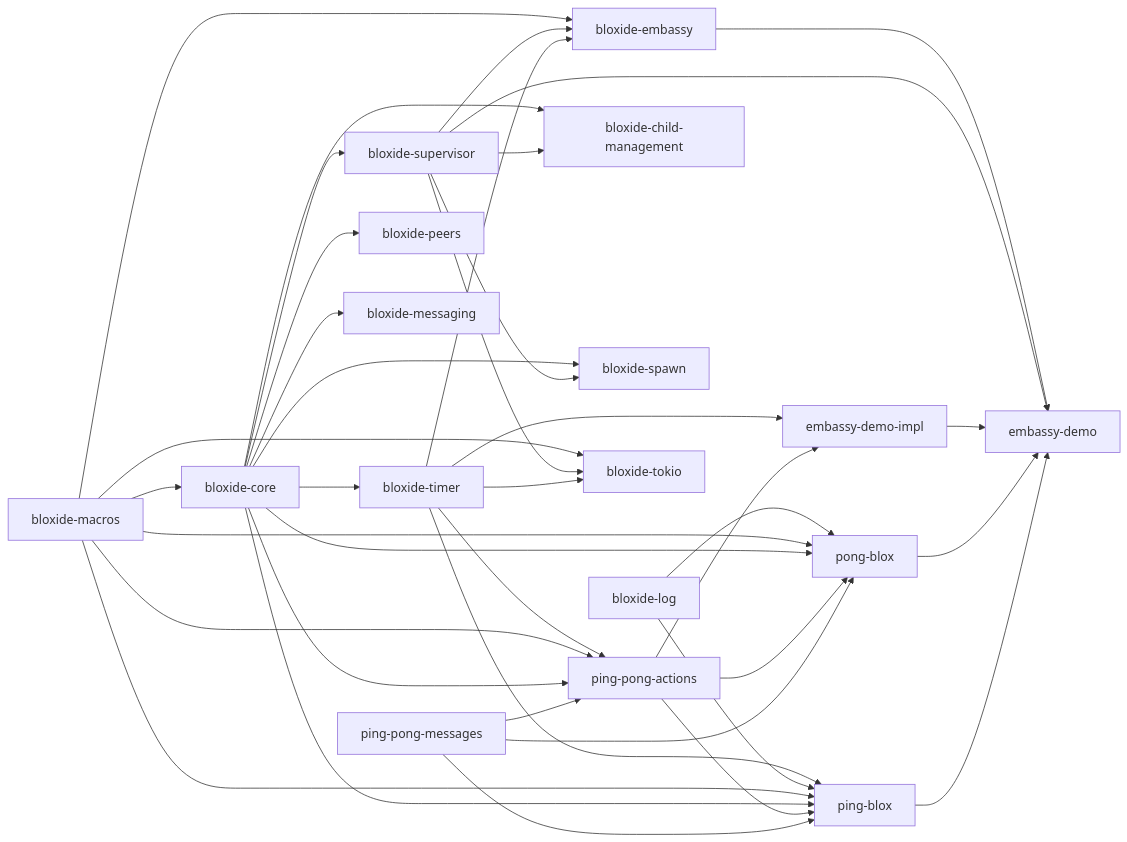
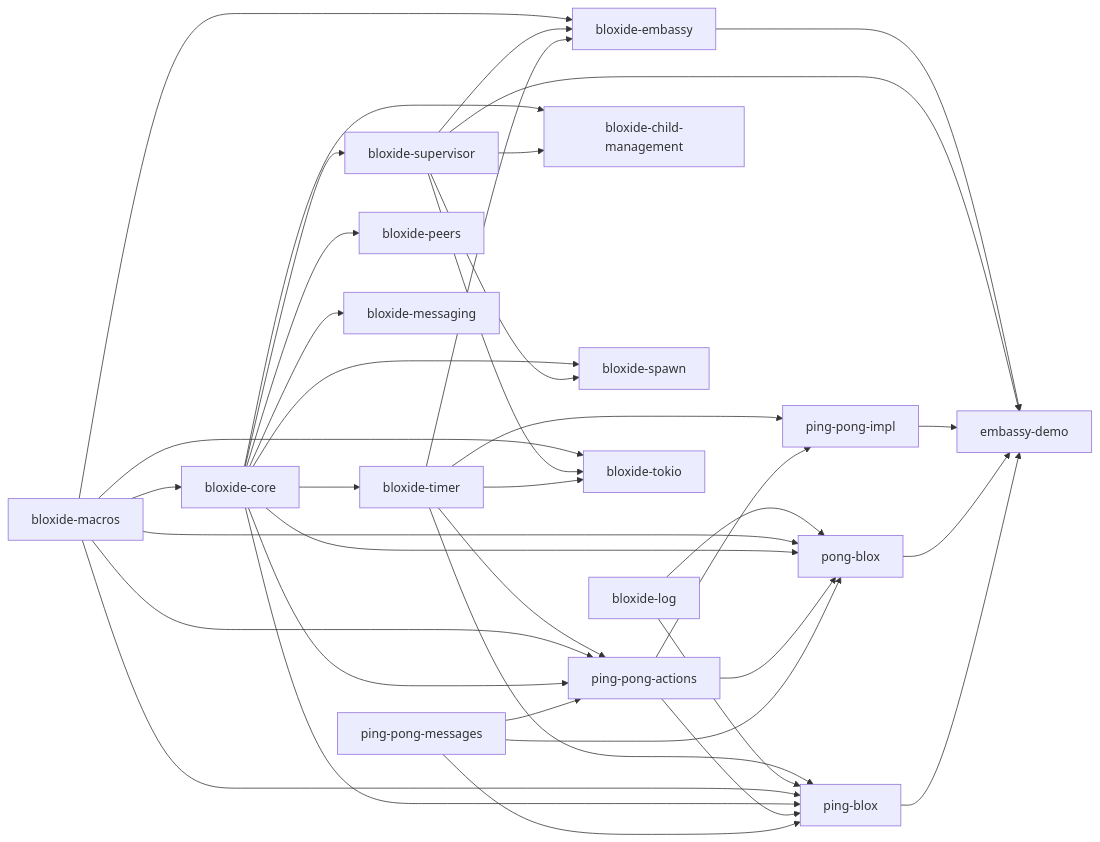
Before and after one commit to bloxide-com/bloxide: the second of 2 diagrams in spec/architecture/01-system-architecture.md, drawn with Mermaid. The commit also changed 15 other files, not shown here.

Commit message:
Rename embassy-demo-impl → ping-pong-impl (used by both runtimes, not just Embassy)

````diff
--- a/spec/architecture/01-system-architecture.md
+++ b/spec/architecture/01-system-architecture.md
@@ -65,63 +65,63 @@
 ```mermaid
 flowchart LR
     ppMsg[ping-pong-messages]
     ppActions[ping-pong-actions]
     ping[ping-blox]
     pong[pong-blox]
-    demoImpl[embassy-demo-impl]
+    demoImpl[ping-pong-impl]
     core[bloxide-core]
     macros[bloxide-macros]
     log[bloxide-log]
     timer[bloxide-timer]
     supervisor[bloxide-supervisor]
     childmgmt[bloxide-child-management]
     spawn[bloxide-spawn]
     peers[bloxide-peers]
     messaging[bloxide-messaging]
     embassy[bloxide-embassy]
     tokio[bloxide-tokio]
     demo[embassy-demo]
 
     macros --> core
     core --> timer
     core --> supervisor
     supervisor --> childmgmt
     supervisor --> spawn
     core --> childmgmt
     core --> spawn
     core --> peers
     core --> messaging
     timer --> embassy
     timer --> tokio
     supervisor --> embassy
     supervisor --> tokio
     macros --> embassy
     macros --> tokio
 
     ppMsg --> ppActions
     core --> ppActions
     macros --> ppActions
     timer --> ppActions
 
     ppMsg --> ping
     ppActions --> ping
     core --> ping
     macros --> ping
     log --> ping
     timer --> ping
 
     ppMsg --> pong
     ppActions --> pong
     core --> pong
     macros --> pong
     log --> pong
 
     ppActions --> demoImpl
     timer --> demoImpl
 
     ping --> demo
     pong --> demo
     demoImpl --> demo
     supervisor --> demo
     embassy --> demo
 ```
````
